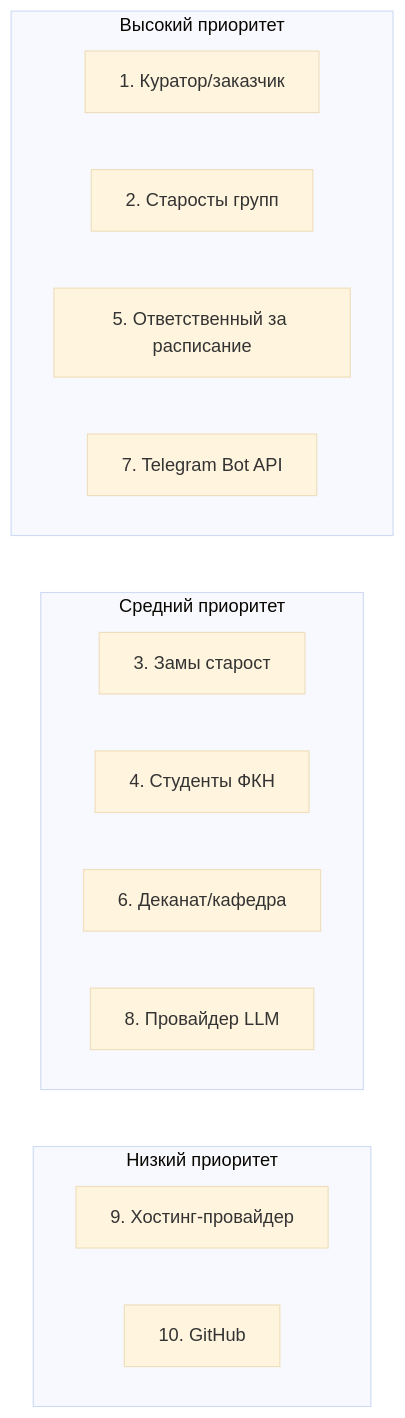
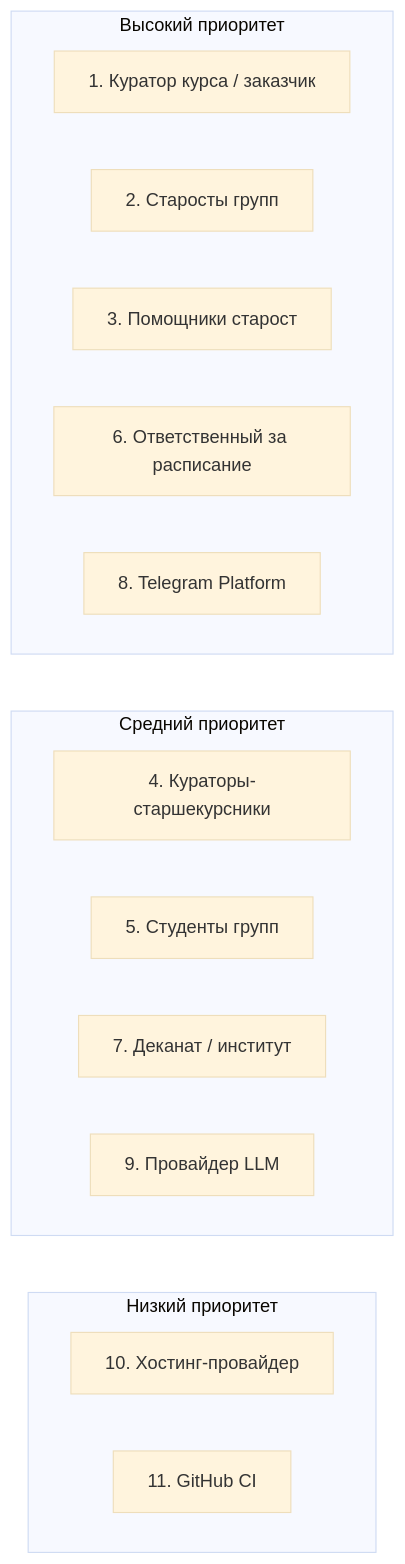
One commit to Ivansups/Zeta changed the first of 3 diagrams in docs/stage1/04-реестр-заинтересованных-сторон.md. Above: the diagram before and after it, drawn with Mermaid (base theme). The commit also changed other lines of this file and 25 other files, not shown here.

````diff
--- a/docs/stage1/04-реестр-заинтересованных-сторон.md
+++ b/docs/stage1/04-реестр-заинтересованных-сторон.md
@@ -38,23 +32,24 @@
 ```mermaid
 graph TD
     subgraph High["Высокий приоритет"]
         direction LR
-        S1[1. Куратор/заказчик]
+        S1[1. Куратор курса / заказчик]
         S2[2. Старосты групп]
-        S5[5. Ответственный за расписание]
-        S7[7. Telegram Bot API]
+        S3[3. Помощники старост]
+        S6[6. Ответственный за расписание]
+        S8[8. Telegram Platform]
     end
     subgraph Medium["Средний приоритет"]
         direction LR
-        S3[3. Замы старост]
-        S4[4. Студенты ФКН]
-        S6[6. Деканат/кафедра]
-        S8[8. Провайдер LLM]
+        S4[4. Кураторы-старшекурсники]
+        S5[5. Студенты групп]
+        S7[7. Деканат / институт]
+        S9[9. Провайдер LLM]
     end
     subgraph Low["Низкий приоритет"]
         direction LR
-        S9[9. Хостинг-провайдер]
-        S10[10. GitHub]
+        S10[10. Хостинг-провайдер]
+        S11[11. GitHub CI]
     end
     High ~~~ Medium ~~~ Low
 ```
````
